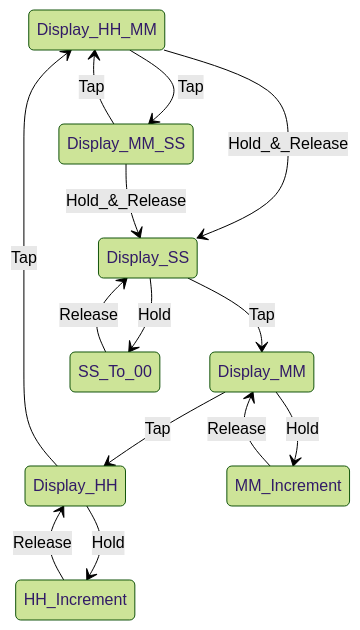
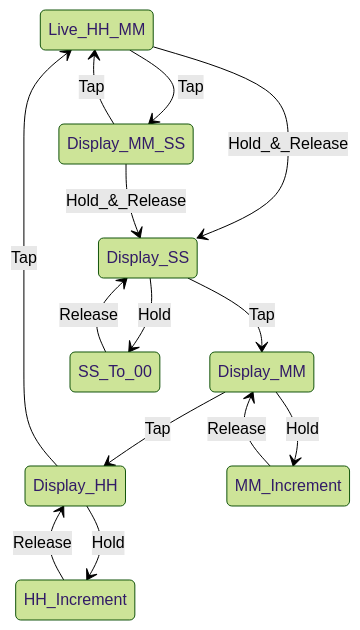
The diagram in README.md (CarlKCarlK/serials), drawn with Mermaid (forest theme) before and after one commit. The commit also changed 4 other files, not shown here.

````diff
--- a/README.md
+++ b/README.md
@@ -5,17 +5,17 @@
 ```mermaid
 stateDiagram-v2
-    Display_HH_MM --> Display_MM_SS : Tap
-    Display_MM_SS --> Display_HH_MM : Tap
-    Display_HH_MM --> Display_SS : Hold_&_Release
+    Live_HH_MM --> Display_MM_SS : Tap
+    Display_MM_SS --> Live_HH_MM : Tap
+    Live_HH_MM --> Display_SS : Hold_&_Release
     Display_MM_SS --> Display_SS : Hold_&_Release
     Display_SS --> Display_MM : Tap
     Display_SS --> SS_To_00 : Hold
     SS_To_00 --> Display_SS : Release
     Display_MM --> Display_HH : Tap
     Display_MM --> MM_Increment : Hold
     MM_Increment --> Display_MM : Release
-    Display_HH --> Display_HH_MM : Tap
+    Display_HH --> Live_HH_MM : Tap
     Display_HH --> HH_Increment : Hold
     HH_Increment --> Display_HH : Release
     
 ```
````
